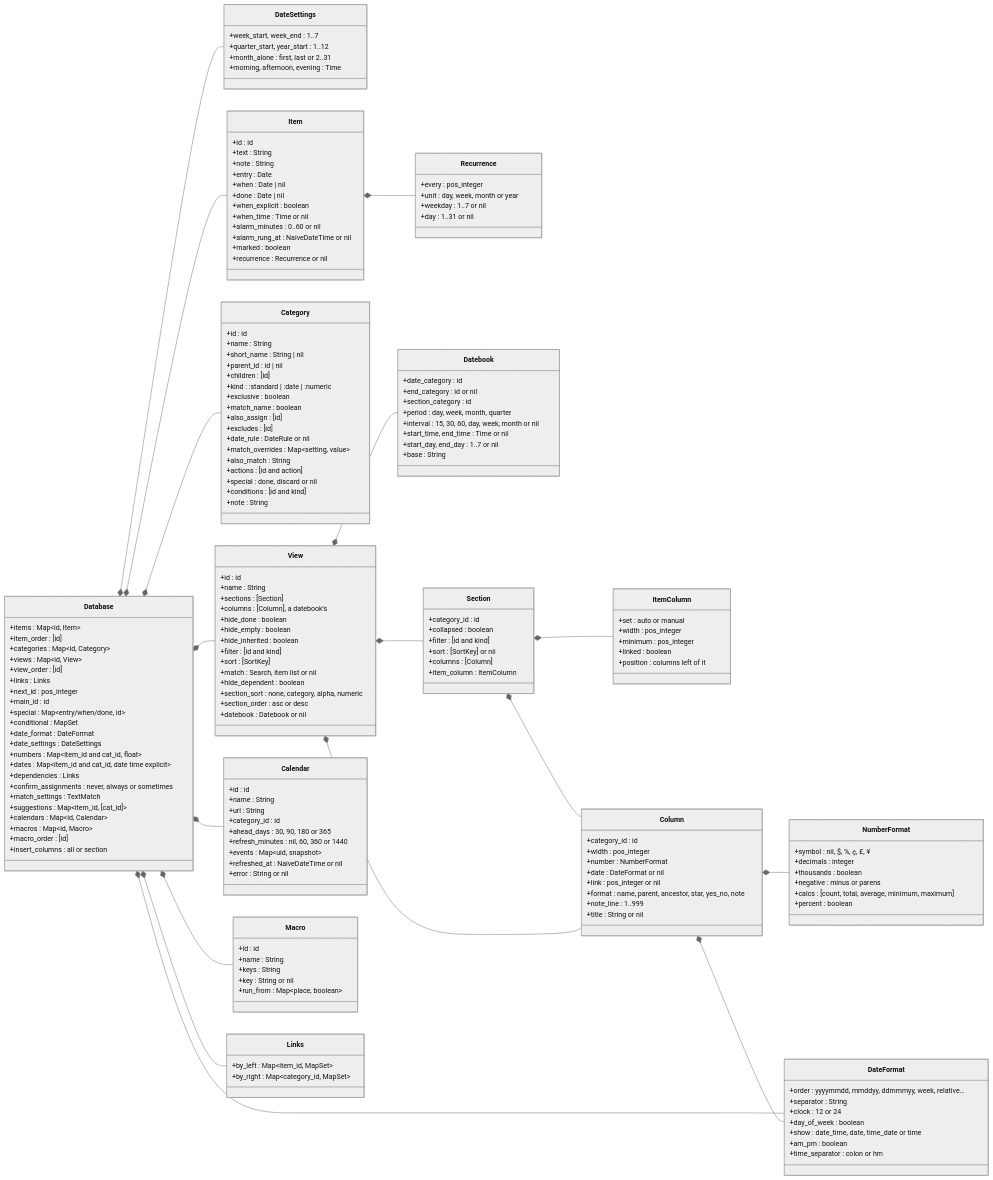
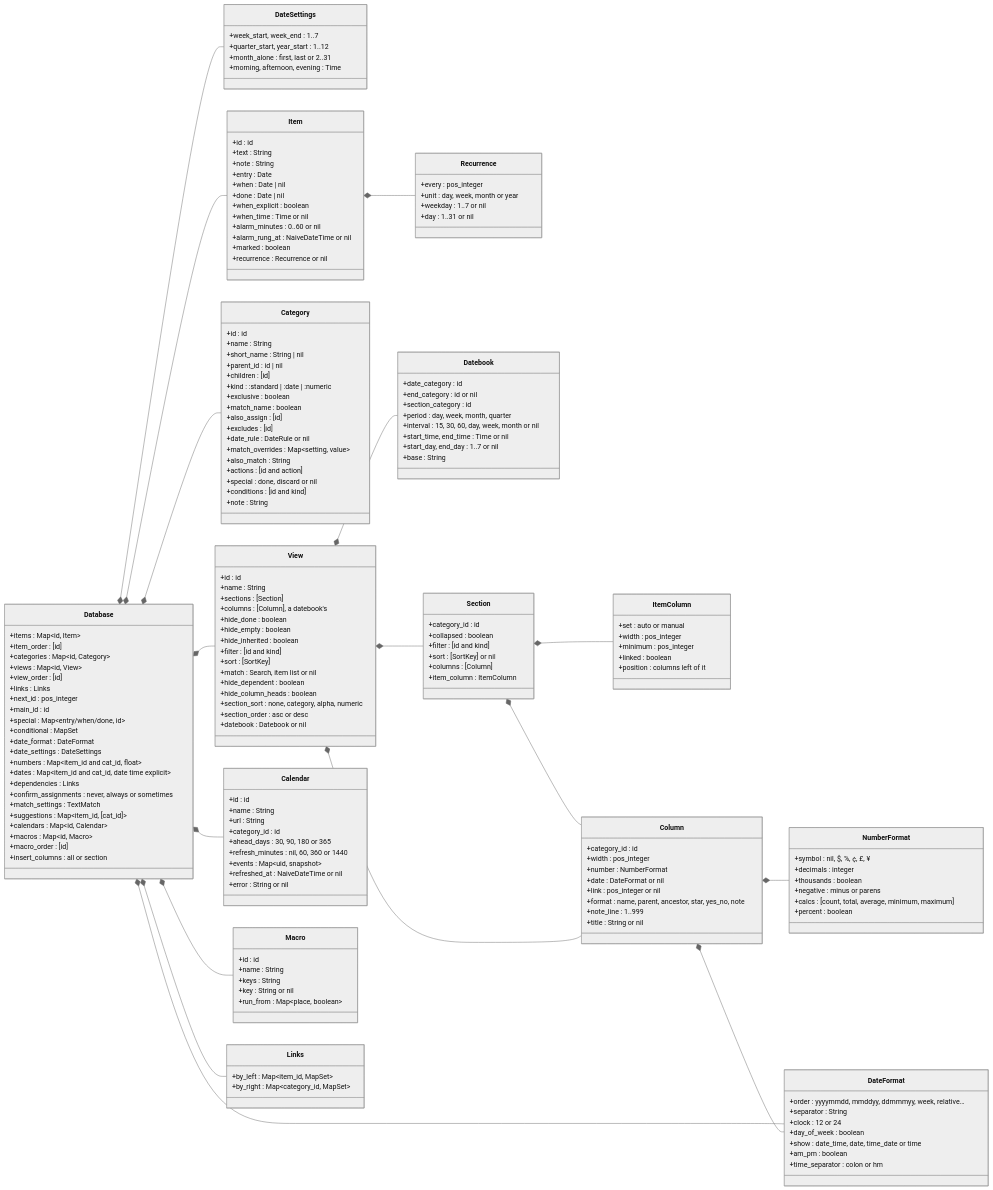
The second of 6 diagrams in docs/DATA_MODEL.md (jamting/agendum), drawn with Mermaid (neutral theme) before and after one commit. The commit also changed other lines of this file and 11 other files, not shown here.

First line of the commit message:
Hide column heads: column heads only on the first section on the screen (R57)

```diff
--- a/docs/DATA_MODEL.md
+++ b/docs/DATA_MODEL.md
@@ -236,6 +237,7 @@
         +sort : [SortKey]
         +match : Search, item list or nil
         +hide_dependent : boolean
+        +hide_column_heads : boolean
         +section_sort : none, category, alpha, numeric
         +section_order : asc or desc
         +datebook : Datebook or nil
```
